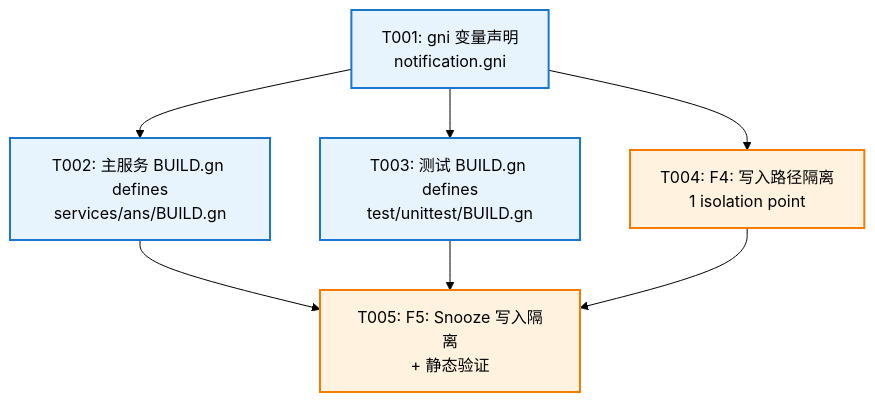
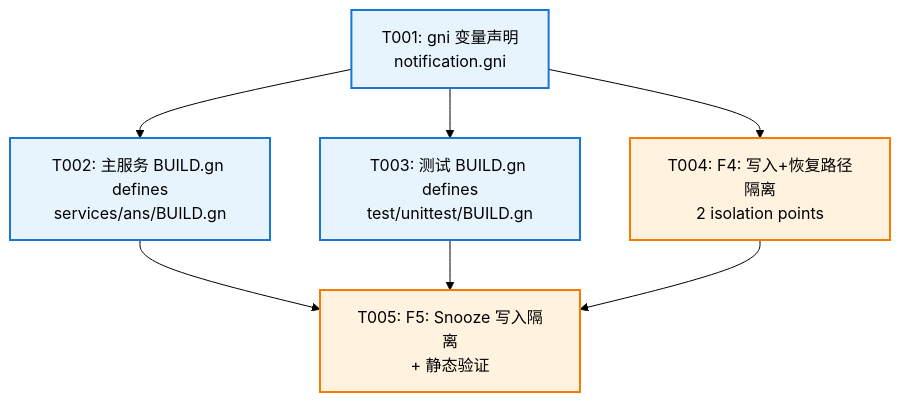
One commit to eclipse-oniro-mirrors/notification_distributed_notification_service changed the third of 3 diagrams in .opencode/kb/features/dist-notification-persist-isolation/feature-development-plan.md. Above: the diagram before and after it, drawn with Mermaid (forest theme). The commit also changed other lines of this file, not shown here.

First line of the commit message:
docs: update development plan to reflect v2 recovery path isolation change

````diff
--- a/.opencode/kb/features/dist-notification-persist-isolation/feature-development-plan.md
+++ b/.opencode/kb/features/dist-notification-persist-isolation/feature-development-plan.md
@@ -465,18 +499,18 @@
 ```mermaid
 graph TD
     T001[T001: gni 变量声明<br/>notification.gni]:::config
     T002[T002: 主服务 BUILD.gn defines<br/>services/ans/BUILD.gn]:::config
     T003[T003: 测试 BUILD.gn defines<br/>test/unittest/BUILD.gn]:::config
-    T004[T004: F4: 写入路径隔离<br/>1 isolation point]:::impl
+    T004[T004: F4: 写入+恢复路径隔离<br/>2 isolation points]:::impl
     T005[T005: F5: Snooze 写入隔离<br/>+ 静态验证]:::impl
 
     T001 --> T002
     T001 --> T003
     T001 --> T004
     T002 --> T005
     T003 --> T005
     T004 --> T005
 
     classDef config fill:#e8f4fd,stroke:#1976d2,stroke-width:2px
     classDef impl fill:#fff3e0,stroke:#f57c00,stroke-width:2px
 ```
````
